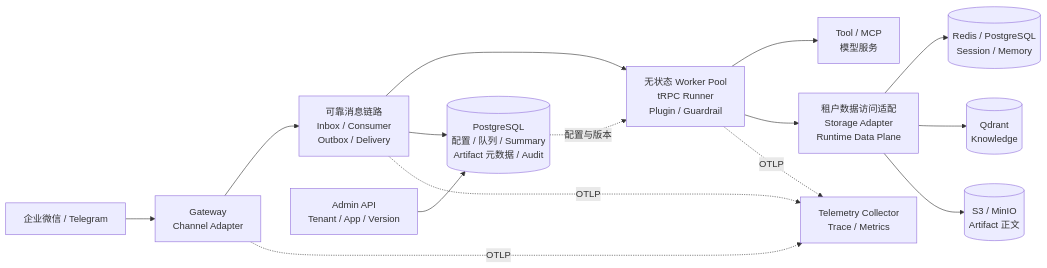
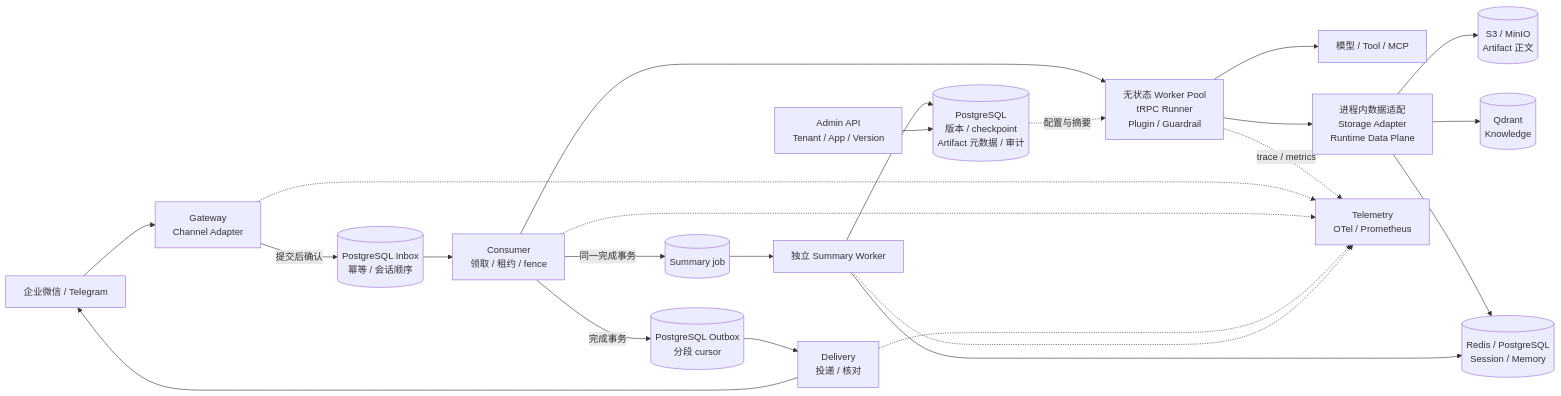
The diagram in docs/ARCHITECTURE.md (ltyfulan9/trpc-agent-service), drawn with Mermaid before and after one commit. The commit also changed other lines of this file and 22 other files, not shown here.

Commit message:
Complete architecture documentation and harden execution and release validation

````diff
--- a/docs/ARCHITECTURE.md
+++ b/docs/ARCHITECTURE.md
@@ -33,17 +13,26 @@
 ```mermaid
 flowchart LR
     IM["企业微信 / Telegram"] --> GW["Gateway<br/>Channel Adapter"]
-    GW --> PIPE["可靠消息链路<br/>Inbox / Consumer<br/>Outbox / Delivery"]
-    PIPE --> W["无状态 Worker Pool<br/>tRPC Runner<br/>Plugin / Guardrail"]
-    W --> TOOL["Tool / MCP<br/>模型服务"]
-    W --> ADAPT["租户数据访问适配<br/>Storage Adapter<br/>Runtime Data Plane"]
+    GW -->|提交后确认| IN[("PostgreSQL Inbox<br/>幂等 / 会话顺序")]
+    IN --> C["Consumer<br/>领取 / 租约 / fence"]
+    C --> W["无状态 Worker Pool<br/>tRPC Runner<br/>Plugin / Guardrail"]
+    W --> MODEL["模型 / Tool / MCP"]
+    W --> ADAPT["进程内数据适配<br/>Storage Adapter<br/>Runtime Data Plane"]
     ADAPT --> SM[("Redis / PostgreSQL<br/>Session / Memory")]
-    ADAPT --> VEC[("Qdrant<br/>Knowledge")]
-    ADAPT --> OBJ[("S3 / MinIO<br/>Artifact 正文")]
-    ADMIN["Admin API<br/>Tenant / App / Version"] --> CP[("PostgreSQL<br/>配置 / 队列 / Summary<br/>Artifact 元数据 / Audit")]
-    CP -.->|配置与版本| W
-    PIPE --> CP
-    W -.->|OTLP| OT["Telemetry Collector<br/>Trace / Metrics"]
-    GW -.->|OTLP| OT
-    PIPE -.->|OTLP| OT
+    ADAPT --> Q[("Qdrant<br/>Knowledge")]
+    ADAPT --> S3[("S3 / MinIO<br/>Artifact 正文")]
+    C -->|完成事务| OUT[("PostgreSQL Outbox<br/>分段 cursor")]
+    OUT --> D["Delivery<br/>投递 / 核对"]
+    D --> IM
+    C -->|同一完成事务| SJ[("Summary job")]
+    SJ --> SW["独立 Summary Worker"]
+    SW --> SM
+    SW --> CP[("PostgreSQL<br/>版本 / checkpoint<br/>Artifact 元数据 / 审计")]
+    ADMIN["Admin API<br/>Tenant / App / Version"] --> CP
+    CP -.->|配置与摘要| W
+    W -.->|trace / metrics| OT["Telemetry<br/>OTel / Prometheus"]
+    GW -.-> OT
+    C -.-> OT
+    D -.-> OT
+    SW -.-> OT
 ```
````
